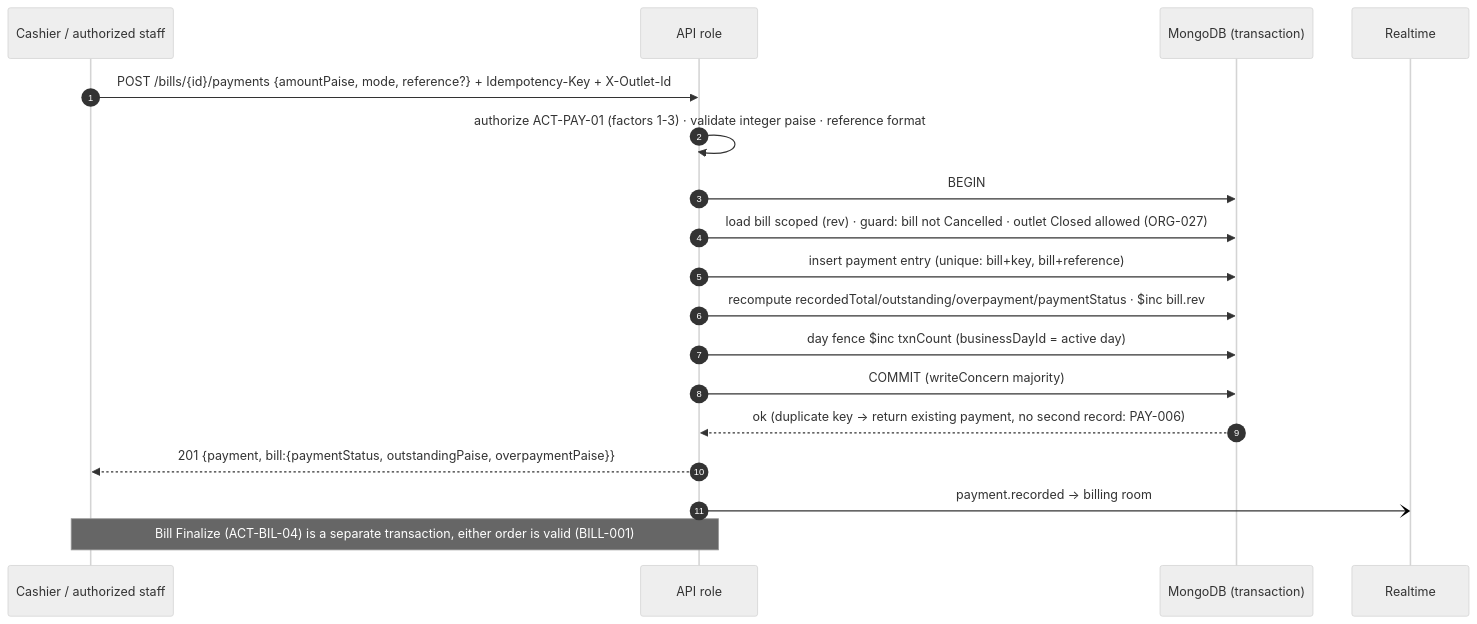
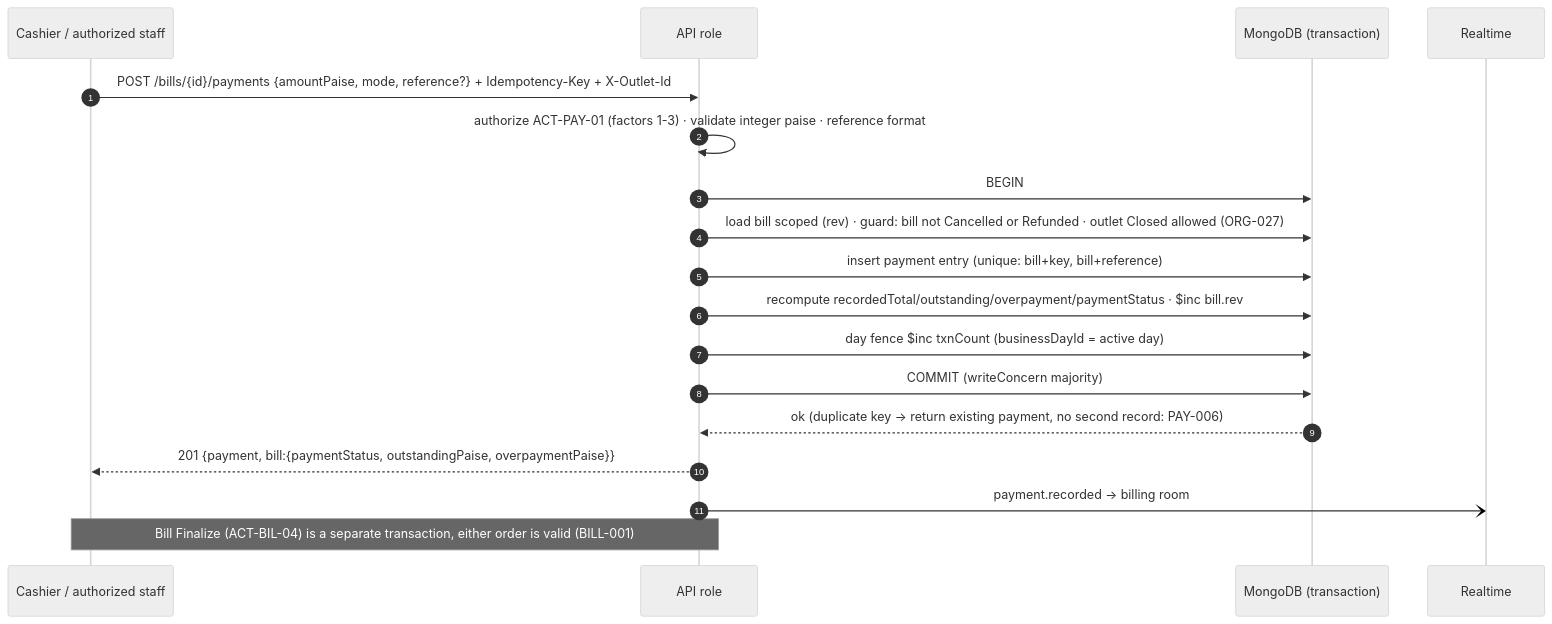
Diagram 15 of 22 in docs/TRD.md (bhavya-jain456/Servena), drawn with Mermaid (neutral theme) before and after one commit. The commit also changed other lines of this file and 2 other files, not shown here.

Commit message:
docs: update technical requirements and design document and add database schema and UI/UX design briefs

````diff
--- a/docs/TRD.md
+++ b/docs/TRD.md
@@ -1929,20 +1998,20 @@
 ```mermaid
 sequenceDiagram
   autonumber
   participant CS as Cashier / authorized staff
   participant API as API role
   participant DB as MongoDB (transaction)
   participant EV as Realtime
   CS->>API: POST /bills/{id}/payments {amountPaise, mode, reference?} + Idempotency-Key + X-Outlet-Id
   API->>API: authorize ACT-PAY-01 (factors 1-3) · validate integer paise · reference format
   API->>DB: BEGIN
-  API->>DB: load bill scoped (rev) · guard: bill not Cancelled · outlet Closed allowed (ORG-027)
+  API->>DB: load bill scoped (rev) · guard: bill not Cancelled or Refunded · outlet Closed allowed (ORG-027)
   API->>DB: insert payment entry (unique: bill+key, bill+reference)
   API->>DB: recompute recordedTotal/outstanding/overpayment/paymentStatus · $inc bill.rev
   API->>DB: day fence $inc txnCount (businessDayId = active day)
   API->>DB: COMMIT (writeConcern majority)
   DB-->>API: ok  (duplicate key → return existing payment, no second record: PAY-006)
   API-->>CS: 201 {payment, bill:{paymentStatus, outstandingPaise, overpaymentPaise}}
   API-)EV: payment.recorded → billing room
   Note over CS,API: Bill Finalize (ACT-BIL-04) is a separate transaction, either order is valid (BILL-001)
 ```
````
